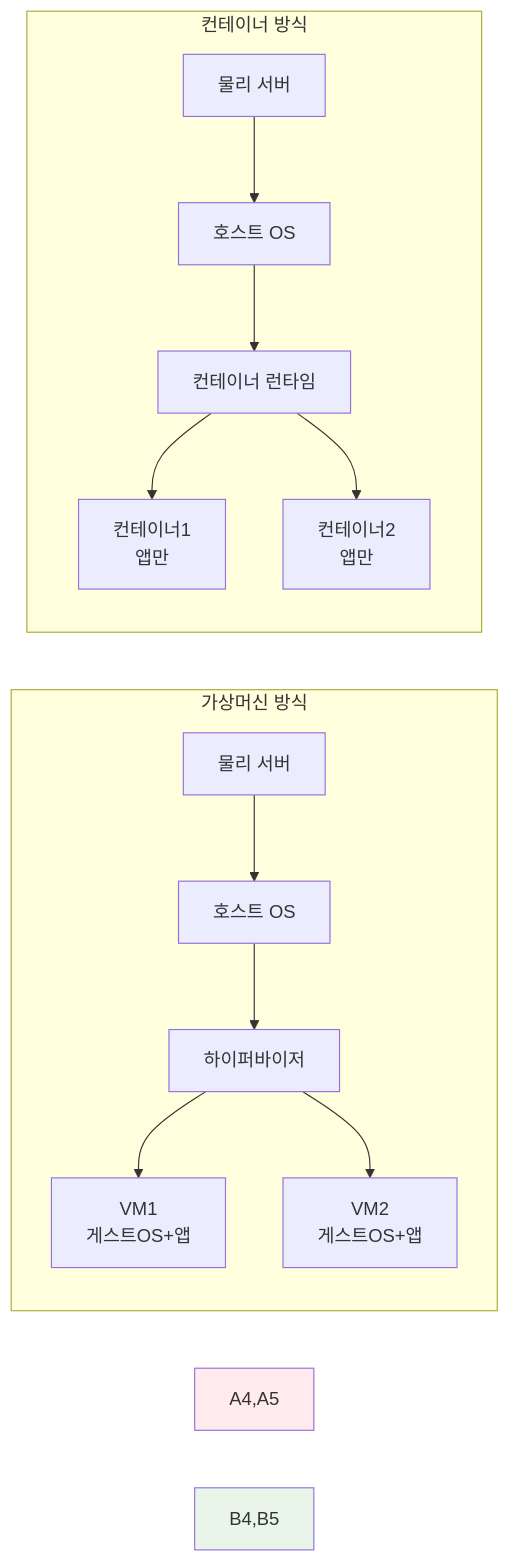
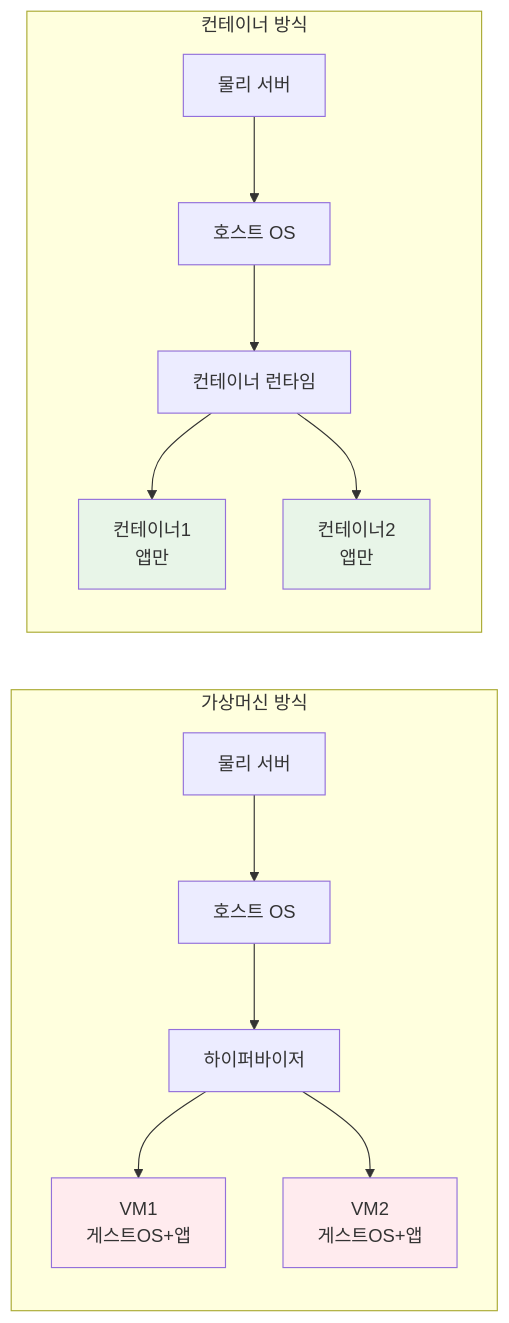
Before and after one commit to niceguy61/kdt_devops_lecture_2025: the fourth of 4 diagrams in theory/week_01/day2/session_1.md, drawn with Mermaid. The commit also changed other lines of this file, not shown here.

````diff
--- a/theory/week_01/day2/session_1.md
+++ b/theory/week_01/day2/session_1.md
@@ -111,19 +119,21 @@
 ```mermaid
 graph LR
     subgraph "가상머신 방식"
         A1[물리 서버] --> A2[호스트 OS]
         A2 --> A3[하이퍼바이저]
         A3 --> A4[VM1<br/>게스트OS+앱]
         A3 --> A5[VM2<br/>게스트OS+앱]
     end
     
     subgraph "컨테이너 방식"
         B1[물리 서버] --> B2[호스트 OS]
         B2 --> B3[컨테이너 런타임]
         B3 --> B4[컨테이너1<br/>앱만]
         B3 --> B5[컨테이너2<br/>앱만]
     end
     
-    style A4,A5 fill:#ffebee
-    style B4,B5 fill:#e8f5e8
+    style A4 fill:#ffebee
+    style A5 fill:#ffebee
+    style B4 fill:#e8f5e8
+    style B5 fill:#e8f5e8
 ```
````
